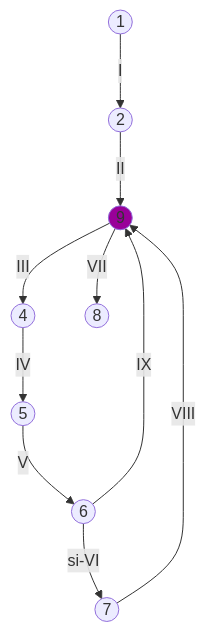
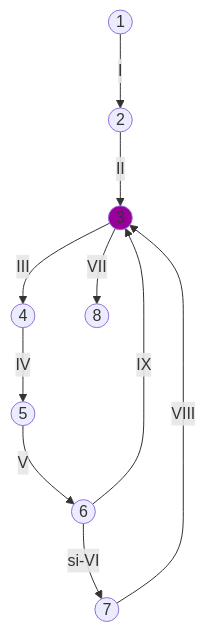
Diagram 12 of 30 in Diagramas de flujo y grafos de complejidad ciclomatica.md (alt165/tp8), drawn with Mermaid before and after one commit. The commit also changed other lines of this file, not shown here.

Commit message:
Update Diagramas de flujo y grafos de complejidad ciclomatica.md

````diff
--- a/Diagramas de flujo y grafos de complejidad ciclomatica.md
+++ b/Diagramas de flujo y grafos de complejidad ciclomatica.md
@@ -259,14 +231,14 @@
 ```mermaid
 graph 
     a((1))-->|I|b((2))
     b-->|II|c((3))
     c -->|III|d((4))
     d-->|IV|e((5))
     e-->|V|f((6))
     f-->|si-VI|g((7))
-    g-->|VIII|c((9))
+    g-->|VIII|c
     c-->|VII|h((8))
     f-->|IX|c
     
      style c fill:#909
 ```
````
